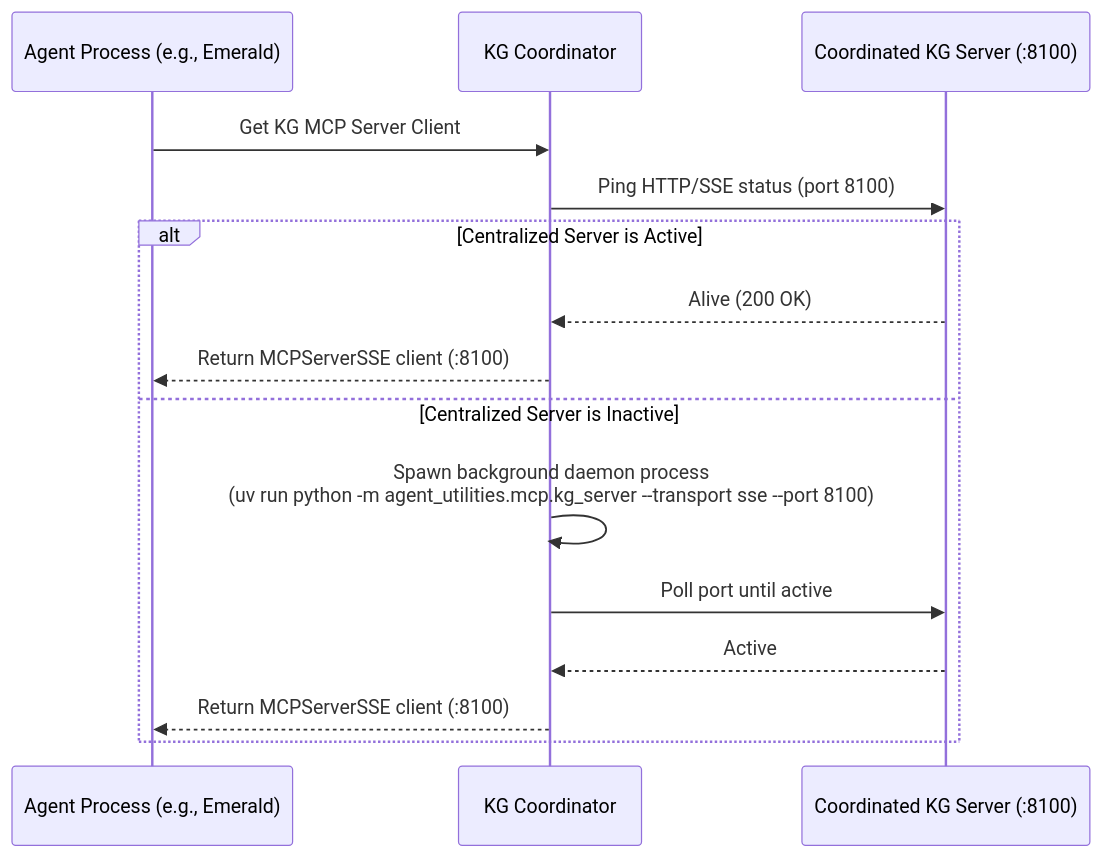
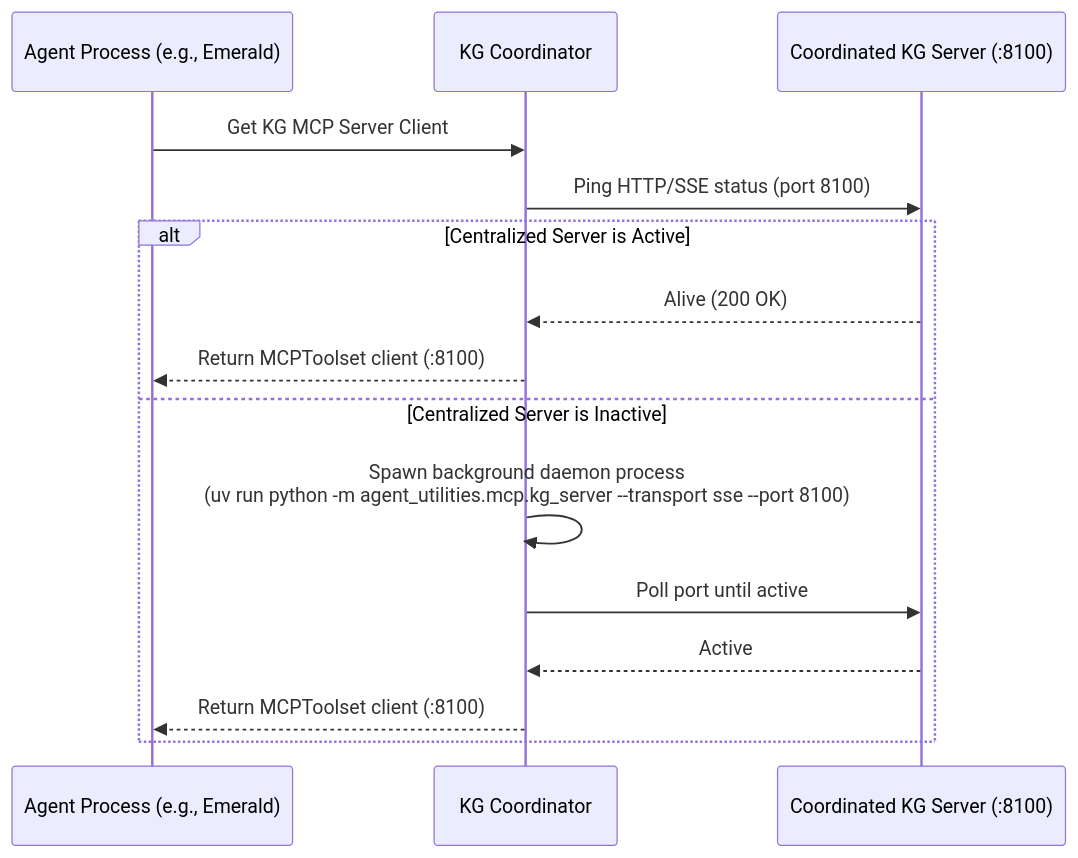
Before and after one commit to Knuckles-Team/agent-utilities: the first of 3 diagrams in docs/centralized_kg_coordination.md, drawn with Mermaid. The commit also changed 7 other files, not shown here.

````diff
--- a/docs/centralized_kg_coordination.md
+++ b/docs/centralized_kg_coordination.md
@@ -15,18 +15,18 @@
 ```mermaid
 sequenceDiagram
     participant AgentServer as Agent Process (e.g., Emerald)
     participant Coord as KG Coordinator
     participant ExtServer as Coordinated KG Server (:8100)
 
     AgentServer->>Coord: Get KG MCP Server Client
     Coord->>ExtServer: Ping HTTP/SSE status (port 8100)
     alt Centralized Server is Active
         ExtServer-->>Coord: Alive (200 OK)
-        Coord-->>AgentServer: Return MCPServerSSE client (:8100)
+        Coord-->>AgentServer: Return MCPToolset client (:8100)
     else Centralized Server is Inactive
         Coord->>Coord: Spawn background daemon process<br/>(uv run python -m agent_utilities.mcp.kg_server --transport sse --port 8100)
         Coord->>ExtServer: Poll port until active
         ExtServer-->>Coord: Active
-        Coord-->>AgentServer: Return MCPServerSSE client (:8100)
+        Coord-->>AgentServer: Return MCPToolset client (:8100)
     end
 ```
````
